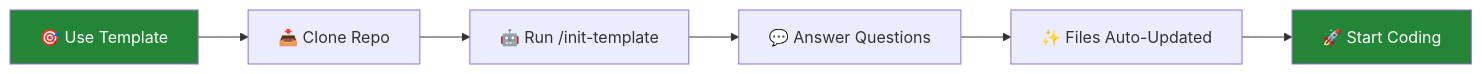
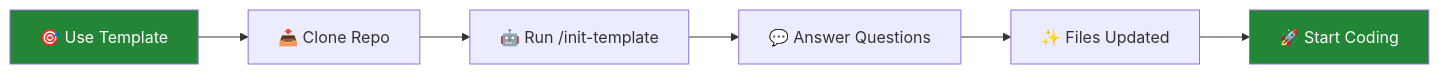
Before and after one commit to vbonk/repo-template: the diagram in README.md, drawn with Mermaid. The commit also changed other lines of this file and 1 other file, not shown here.

First line of the commit message:
docs: Add comprehensive workflow documentation and update roadmap

````diff
--- a/README.md
+++ b/README.md
@@ -152,11 +135,11 @@
 ```mermaid
 flowchart LR
     A[🎯 Use Template] --> B[📥 Clone Repo]
     B --> C[🤖 Run /init-template]
     C --> D[💬 Answer Questions]
-    D --> E[✨ Files Auto-Updated]
+    D --> E[✨ Files Updated]
     E --> F[🚀 Start Coding]
 
     style A fill:#238636,color:#fff
     style F fill:#238636,color:#fff
 ```
````
